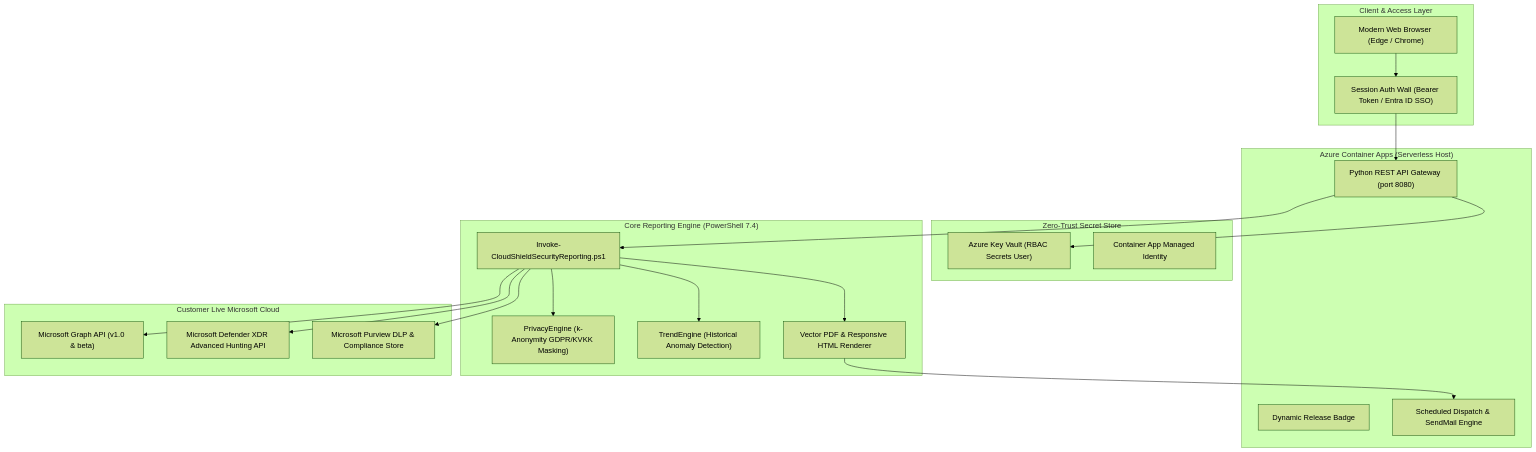
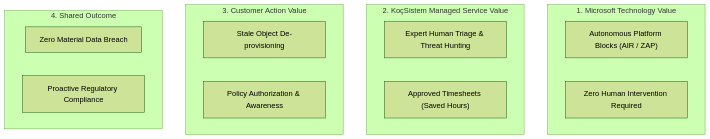
One commit to canercetinkaya/cloudshield-mssp-portal changed the third of 5 diagrams in README.md. Above: the diagram before and after it, drawn with Mermaid (forest theme). The commit also changed other lines of this file and 5 other files, not shown here.

````diff
--- a/README.md
+++ b/README.md
@@ -33,43 +90,22 @@
 ```mermaid
 flowchart TD
-    subgraph ClientLayer ["Client & Access Layer"]
-        Browser["Modern Web Browser (Edge / Chrome)"]
-        AuthWall["Session Auth Wall (Bearer Token / Entra ID SSO)"]
+    subgraph MsftPillar ["1. Microsoft Technology Value"]
+        M1["Autonomous Platform Blocks (AIR / ZAP)"]
+        M2["Zero Human Intervention Required"]
     end
 
-    subgraph PortalLayer ["Azure Container Apps (Serverless Host)"]
-        WebServer["Python REST API Gateway (port 8080)"]
-        VersionBadge["Dynamic Release Badge"]
-        ReportDispatcher["Scheduled Dispatch & SendMail Engine"]
+    subgraph KocPillar ["2. KoçSistem Managed Service Value"]
+        K1["Expert Human Triage & Threat Hunting"]
+        K2["Approved Timesheets (Saved Hours)"]
     end
 
-    subgraph SecurityVault ["Zero-Trust Secret Store"]
-        AKV["Azure Key Vault (RBAC Secrets User)"]
-        ManagedIdentity["Container App Managed Identity"]
+    subgraph CustPillar ["3. Customer Action Value"]
+        C1["Stale Object De-provisioning"]
+        C2["Policy Authorization & Awareness"]
     end
 
-    subgraph EngineLayer ["Core Reporting Engine (PowerShell 7.4)"]
-        EngineMain["Invoke-CloudShieldSecurityReporting.ps1"]
-        PrivacyEngine["PrivacyEngine (k-Anonymity GDPR/KVKK Masking)"]
-        TrendEngine["TrendEngine (Historical Anomaly Detection)"]
-        Renderer["Vector PDF & Responsive HTML Renderer"]
+    subgraph SharedPillar ["4. Shared Outcome"]
+        S1["Zero Material Data Breach"]
+        S2["Proactive Regulatory Compliance"]
     end
-
-    subgraph MicrosoftCloud ["Customer Live Microsoft Cloud"]
-        GraphAPI["Microsoft Graph API (v1.0 & beta)"]
-        DefenderAPI["Microsoft Defender XDR Advanced Hunting API"]
-        PurviewDLP["Microsoft Purview DLP & Compliance Store"]
-    end
-
-    Browser --> AuthWall
-    AuthWall --> WebServer
-    WebServer --> AKV
-    WebServer --> EngineMain
-    EngineMain --> PrivacyEngine
-    EngineMain --> TrendEngine
-    EngineMain --> Renderer
-    EngineMain --> GraphAPI
-    EngineMain --> DefenderAPI
-    EngineMain --> PurviewDLP
-    Renderer --> ReportDispatcher
 ```
````
